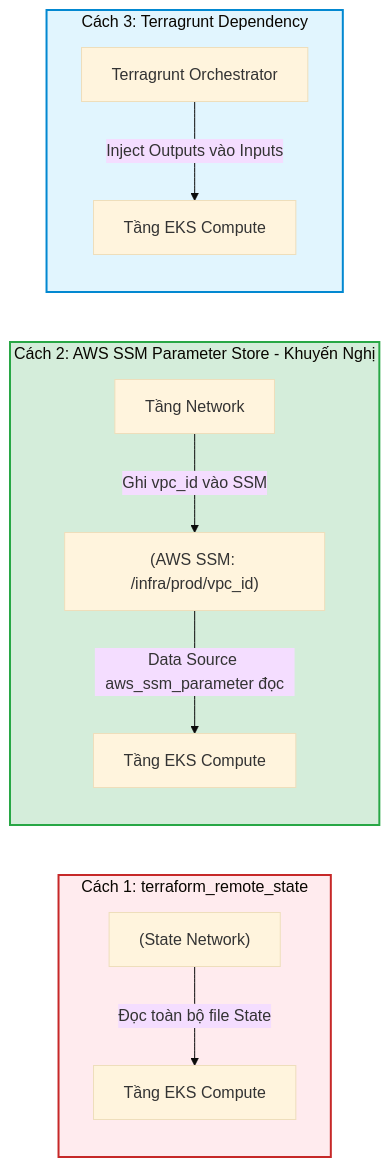
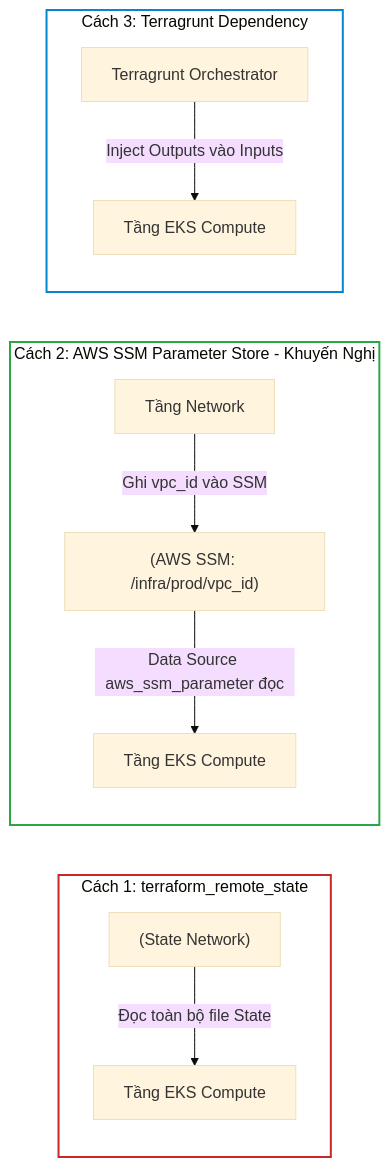
The fourth of 6 diagrams in _posts/2026-09-13-terraform-25-25-quan-tri-blast-radius-va-to-chuc-codebase-ha-tang-enterprise.md (kiennt308/ntk), drawn with Mermaid (base theme) before and after one commit. The commit also changed other lines of this file and 207 other files, not shown here.

Commit message:
feat(posts): batch standardize all 208 posts with TL;DR, qa-card accordion, fill:none mermaid, and liquid raw wrappers

````diff
--- a/_posts/2026-09-13-terraform-25-25-quan-tri-blast-radius-va-to-chuc-codebase-ha-tang-enterprise.md
+++ b/_posts/2026-09-13-terraform-25-25-quan-tri-blast-radius-va-to-chuc-codebase-ha-tang-enterprise.md
@@ -169,21 +173,21 @@
 ```mermaid
 flowchart LR
     subgraph Method1 ["Cách 1: terraform_remote_state"]
         M1_SRC["(State Network)"] -->|Đọc toàn bộ file State| M1_DST["Tầng EKS Compute"]
     end
 
     subgraph Method2 ["Cách 2: AWS SSM Parameter Store - Khuyến Nghị"]
         M2_NET["Tầng Network"] -->|Ghi vpc_id vào SSM| SSM["(AWS SSM: /infra/prod/vpc_id)"]
         SSM -->|Data Source aws_ssm_parameter đọc| M2_DST["Tầng EKS Compute"]
     end
 
     subgraph Method3 ["Cách 3: Terragrunt Dependency"]
         M3_TG["Terragrunt Orchestrator"] -->|Inject Outputs vào Inputs| M3_DST["Tầng EKS Compute"]
     end
 
-    style Method1 fill:#ffebee,stroke:#c62828,stroke-width:2px
-    style Method2 fill:#d4edda,stroke:#28a745,stroke-width:2px
-    style Method3 fill:#e1f5fe,stroke:#0288d1,stroke-width:2px
+    style Method1 fill:none,stroke:#c62828,stroke-width:2px
+    style Method2 fill:none,stroke:#28a745,stroke-width:2px
+    style Method3 fill:none,stroke:#0288d1,stroke-width:2px
 
 
 ```
````
